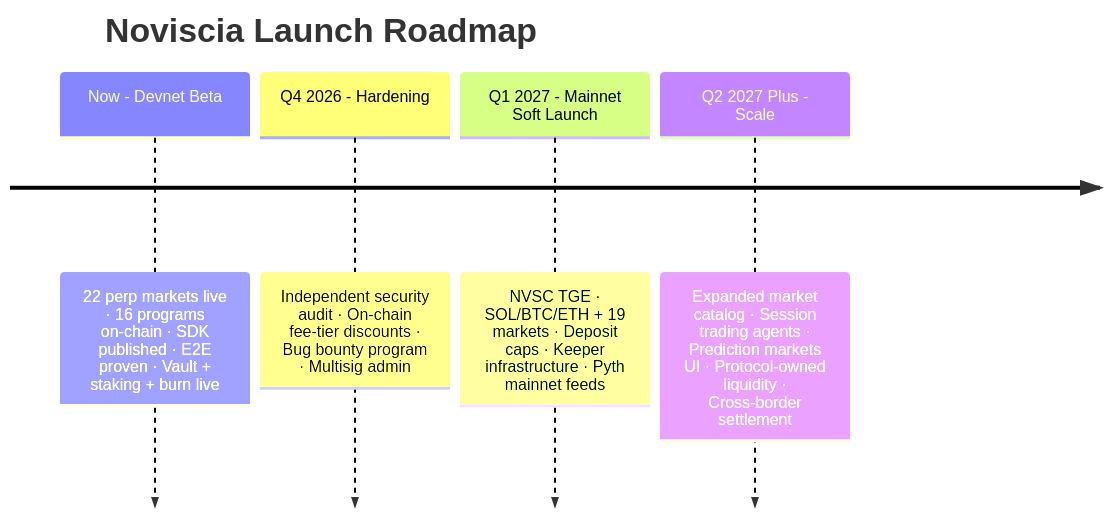
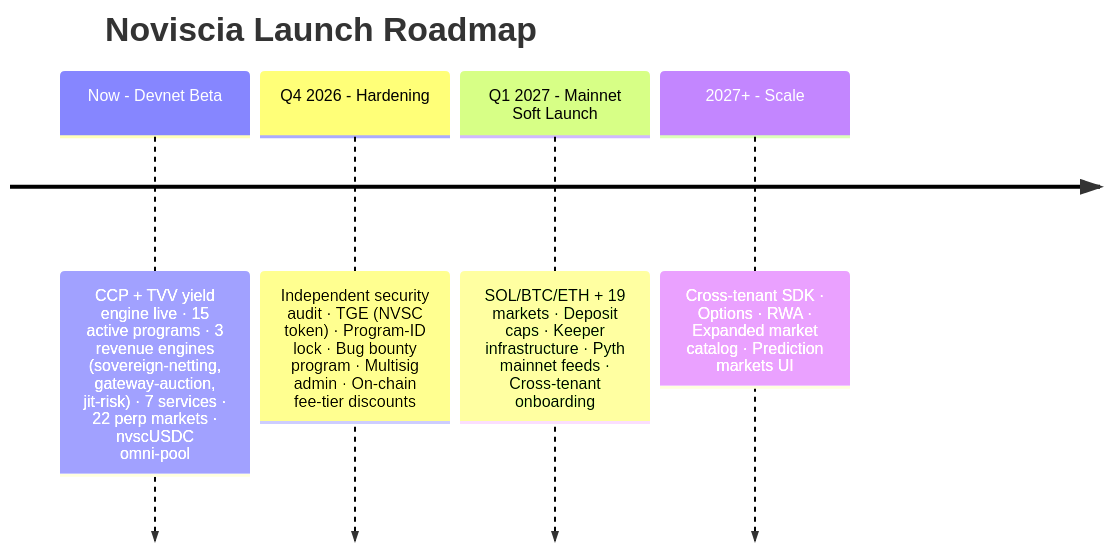
Before and after one commit to KezzyNgotho/noviscia-protocol: the diagram in docs/assets/roadmap-timeline.mmd, drawn with Mermaid. The commit also changed 88 other files, not shown here.

```diff
--- a/docs/assets/roadmap-timeline.mmd
+++ b/docs/assets/roadmap-timeline.mmd
@@ -1,6 +1,6 @@
 timeline
     title Noviscia Launch Roadmap
-    Now - Devnet Beta : 22 perp markets live · 16 programs on-chain · SDK published · E2E proven · Vault + staking + burn live
-    Q4 2026 - Hardening : Independent security audit · On-chain fee-tier discounts · Bug bounty program · Multisig admin
-    Q1 2027 - Mainnet Soft Launch : NVSC TGE · SOL/BTC/ETH + 19 markets · Deposit caps · Keeper infrastructure · Pyth mainnet feeds
-    Q2 2027 Plus - Scale : Expanded market catalog · Session trading agents · Prediction markets UI · Protocol-owned liquidity · Cross-border settlement
+    Now - Devnet Beta : CCP + TVV yield engine live · 15 active programs · 3 revenue engines (sovereign-netting, gateway-auction, jit-risk) · 7 services · 22 perp markets · nvscUSDC omni-pool
+    Q4 2026 - Hardening : Independent security audit · TGE (NVSC token) · Program-ID lock · Bug bounty program · Multisig admin · On-chain fee-tier discounts
+    Q1 2027 - Mainnet Soft Launch : SOL/BTC/ETH + 19 markets · Deposit caps · Keeper infrastructure · Pyth mainnet feeds · Cross-tenant onboarding
+    2027+ - Scale : Cross-tenant SDK · Options · RWA · Expanded market catalog · Prediction markets UI
```
